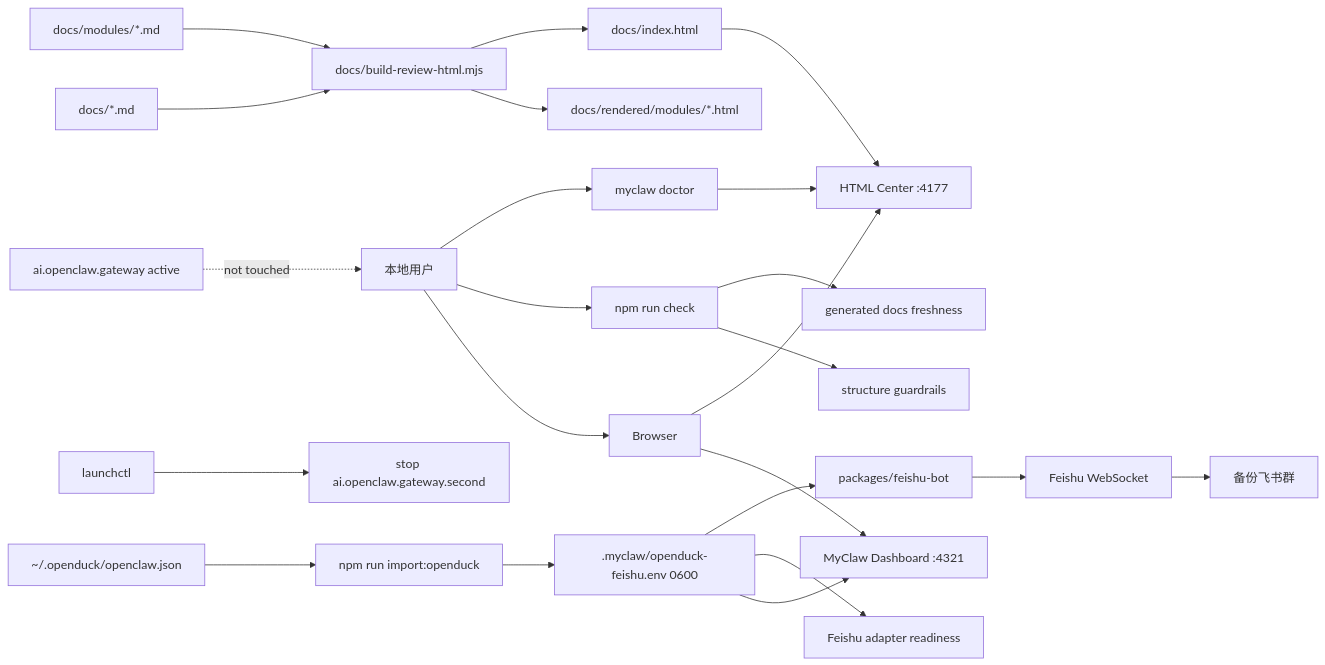
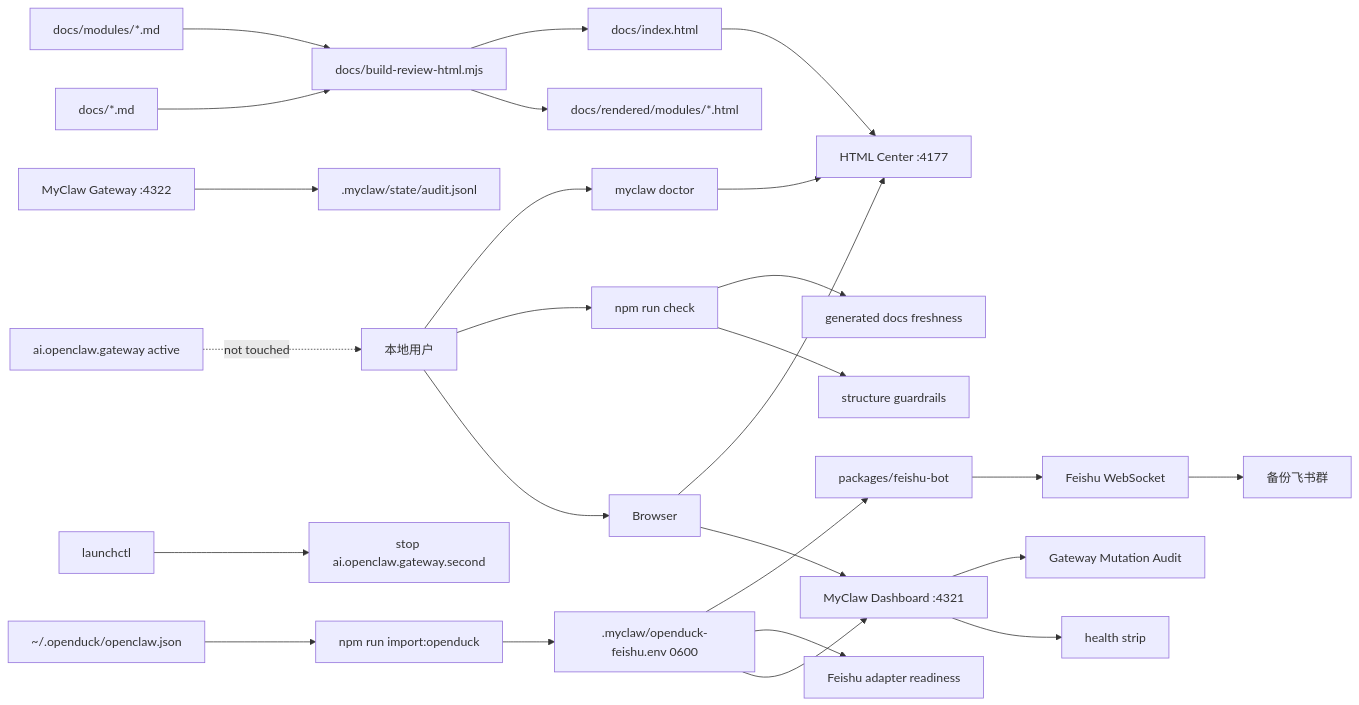
The third of 10 diagrams in docs/implementation-architecture.md (mayf3/myclaw), drawn with Mermaid before and after one commit. The commit also changed other lines of this file and 27 other files, not shown here.

Commit message:
feat: add gateway audit health dashboard

````diff
--- a/docs/implementation-architecture.md
+++ b/docs/implementation-architecture.md
@@ -75,25 +76,28 @@
 ```mermaid
 flowchart LR
   User[本地用户] --> Browser[Browser]
   Browser --> Dashboard[MyClaw Dashboard :4321]
+  Dashboard --> Health[health strip]
+  Dashboard --> AuditView[Gateway Mutation Audit]
+  Gateway[MyClaw Gateway :4322] --> AuditLog[.myclaw/state/audit.jsonl]
   Browser --> HtmlCenter[HTML Center :4177]
   User --> Check[npm run check]
   Check --> Structure[structure guardrails]
   Check --> Generated[generated docs freshness]
   User --> Doctor[myclaw doctor]
   Doctor --> HtmlCenter
   Openduck[~/.openduck/openclaw.json] --> Import[npm run import:openduck]
   Import --> LocalEnv[.myclaw/openduck-feishu.env 0600]
   LocalEnv --> Dashboard
   LocalEnv --> FeishuAdapter[Feishu adapter readiness]
   LocalEnv --> FeishuBot[packages/feishu-bot]
   FeishuBot --> FeishuWs[Feishu WebSocket]
   FeishuWs --> FeishuGroup[备份飞书群]
   Launchctl[launchctl] --> StopSecond[stop ai.openclaw.gateway.second]
   ActiveOpenClaw[ai.openclaw.gateway active] -.not touched.-> User
   Docs[docs/*.md] --> Builder[docs/build-review-html.mjs]
   Modules[docs/modules/*.md] --> Builder
   Builder --> Rendered[docs/rendered/modules/*.html]
   Builder --> Index[docs/index.html]
   Index --> HtmlCenter
 ```
````
